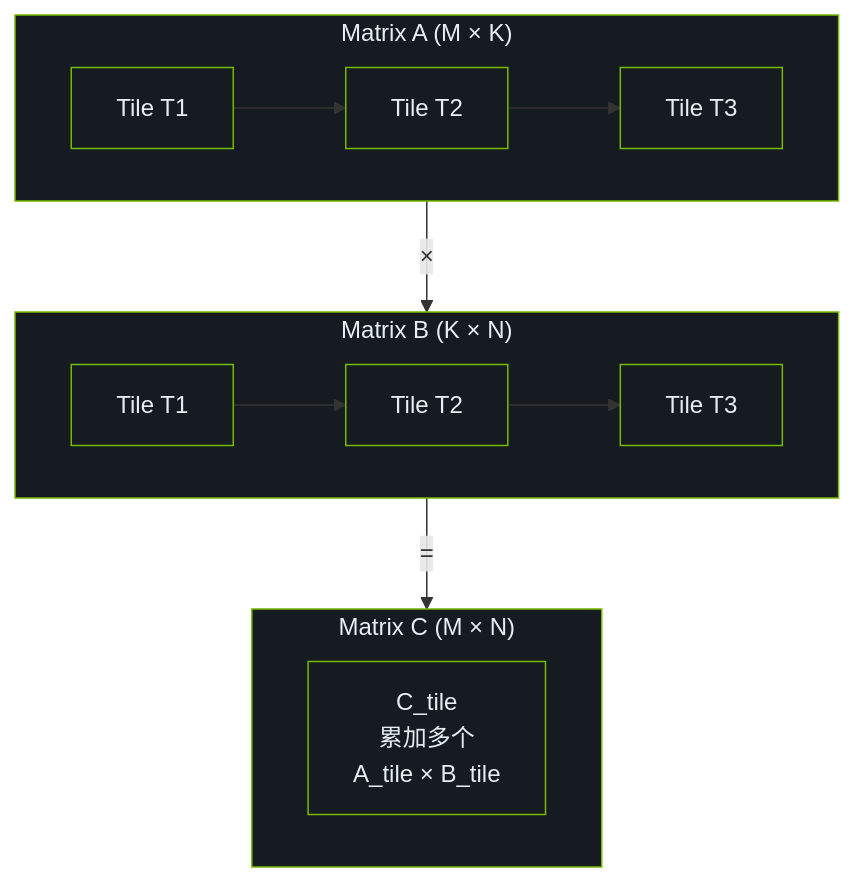
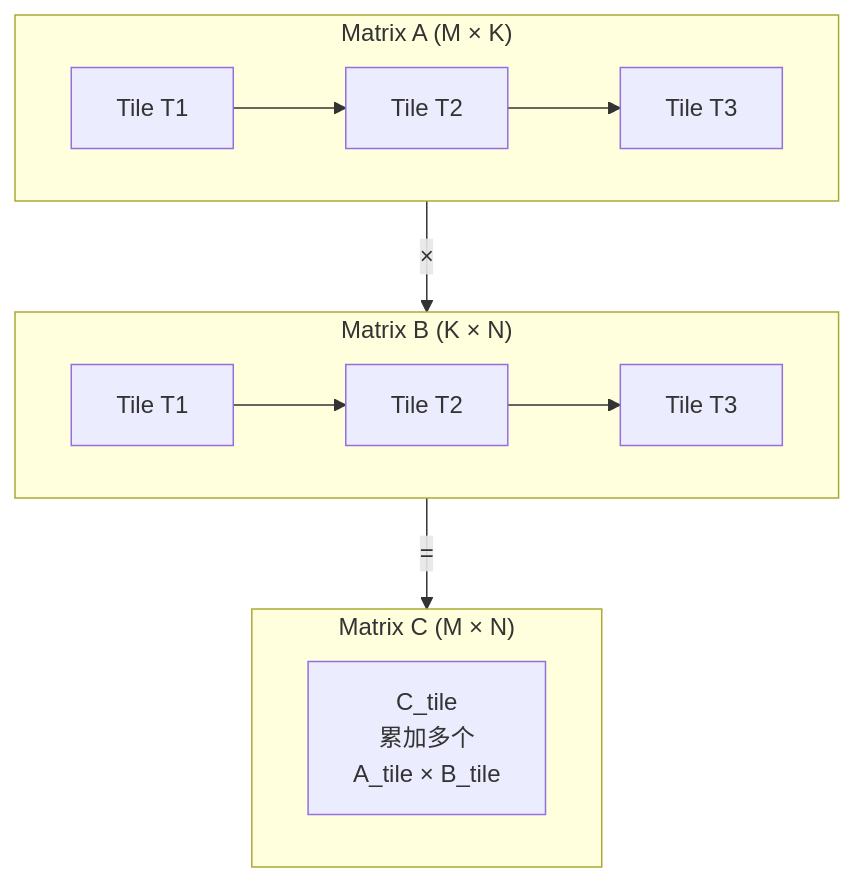
Before and after one commit to LessUp/cuda-kernel-academy: the diagram in docs/zh/modules/01/sgemm-tiled.md, drawn with Mermaid. The commit also changed 45 other files, not shown here.

````diff
--- a/docs/zh/modules/01/sgemm-tiled.md
+++ b/docs/zh/modules/01/sgemm-tiled.md
@@ -55,30 +55,20 @@
 ```mermaid
 flowchart TB
     subgraph A["Matrix A (M × K)"]
         direction LR
         A1["Tile T1"] --> A2["Tile T2"] --> A3["Tile T3"]
     end
 
     subgraph B["Matrix B (K × N)"]
         direction LR
         B1["Tile T1"] --> B2["Tile T2"] --> B3["Tile T3"]
     end
 
     subgraph C["Matrix C (M × N)"]
         C1["C_tile<br/>累加多个<br/>A_tile × B_tile"]
     end
 
     A -->|"×"| B
     B -->|"="| C
 
-    style A fill:#161b22,stroke:#76B900,color:#e6edf3
-    style B fill:#161b22,stroke:#76B900,color:#e6edf3
-    style C fill:#161b22,stroke:#76B900,color:#e6edf3
-    style A1 fill:#161b22,stroke:#76B900,color:#e6edf3
-    style A2 fill:#161b22,stroke:#76B900,color:#e6edf3
-    style A3 fill:#161b22,stroke:#76B900,color:#e6edf3
-    style B1 fill:#161b22,stroke:#76B900,color:#e6edf3
-    style B2 fill:#161b22,stroke:#76B900,color:#e6edf3
-    style B3 fill:#161b22,stroke:#76B900,color:#e6edf3
-    style C1 fill:#161b22,stroke:#76B900,color:#e6edf3
 ```
````
